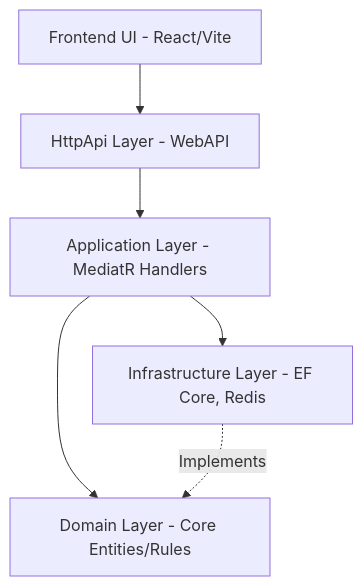
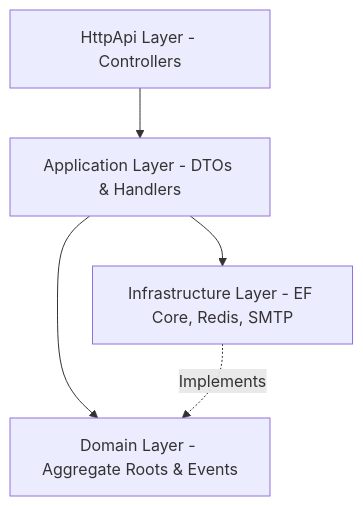
Before and after one commit to mamunur1296/LibraryMS: the diagram in README.md, drawn with Mermaid. The commit also changed other lines of this file, not shown here.

````diff
--- a/README.md
+++ b/README.md
@@ -29,8 +11,7 @@
 ```mermaid
 graph TD
-    UI[Frontend UI - React/Vite] --> API[HttpApi Layer - WebAPI]
-    API --> App[Application Layer - MediatR Handlers]
-    App --> Domain[Domain Layer - Core Entities/Rules]
-    App --> Infra[Infrastructure Layer - EF Core, Redis]
+    API[HttpApi Layer - Controllers] --> App[Application Layer - DTOs & Handlers]
+    App --> Domain[Domain Layer - Aggregate Roots & Events]
+    App --> Infra[Infrastructure Layer - EF Core, Redis, SMTP]
     Infra -. Implements .-> Domain
 ```
````
